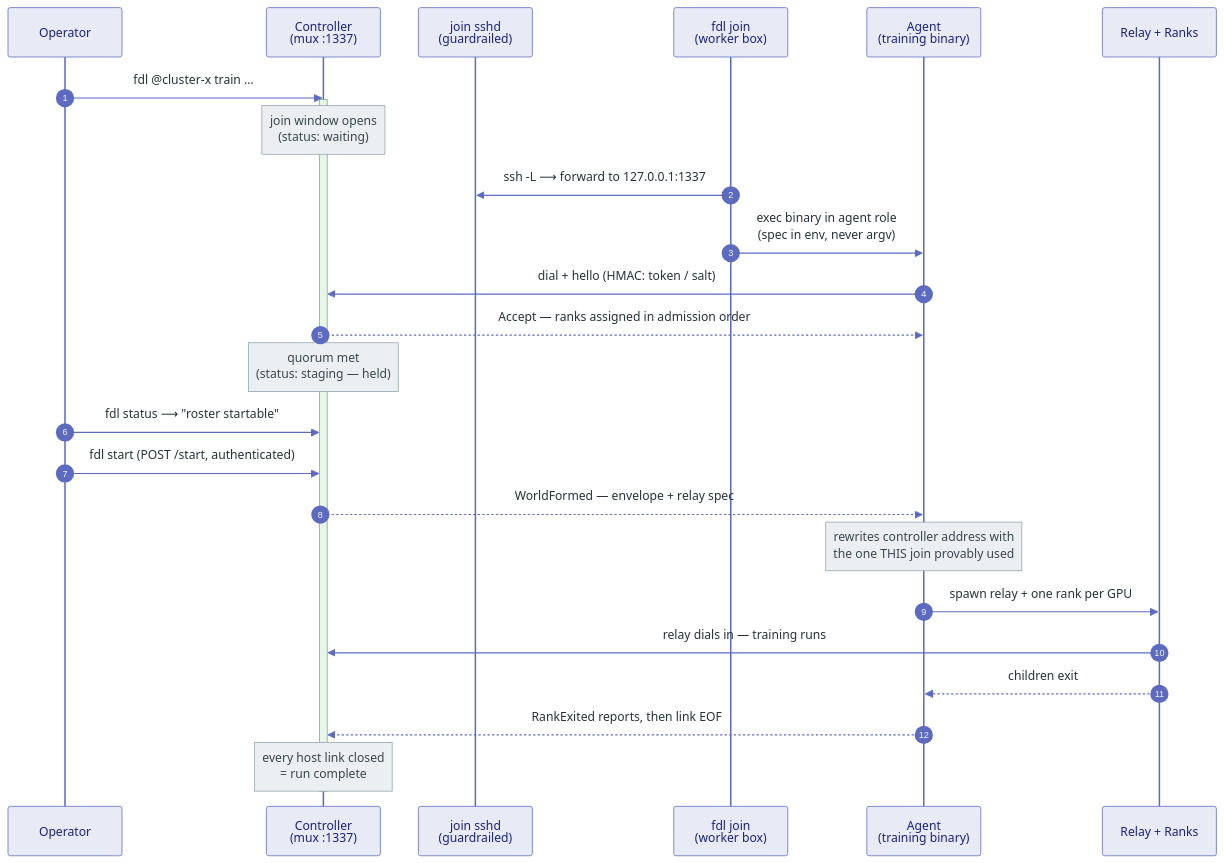
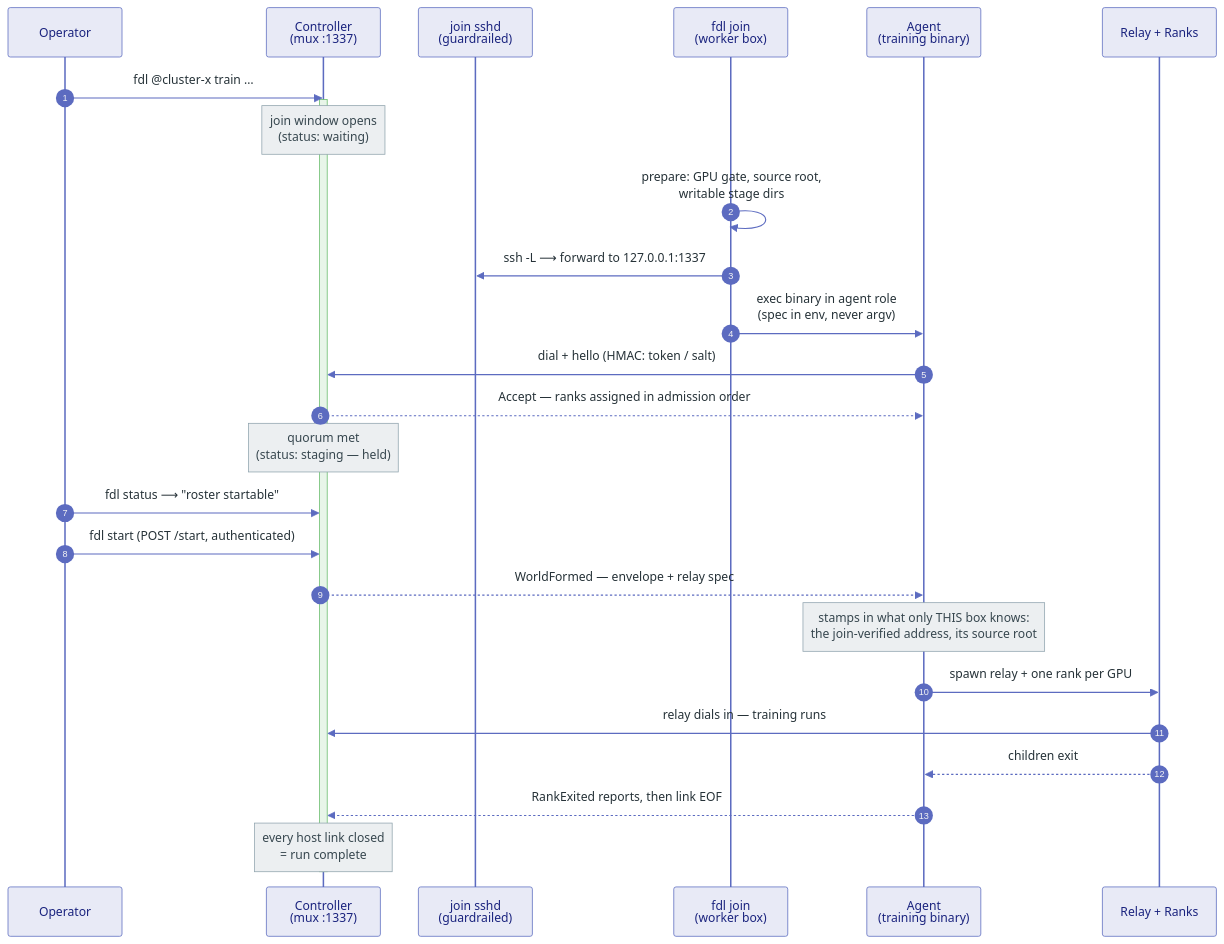
The first of 2 diagrams in docs/ddp/02-cluster-guide.md (fab2s/floDl), drawn with Mermaid before and after one commit. The commit also changed other lines of this file and 10 other files, not shown here.

Commit message:
join: prepare the box before it dials, and class what cannot be retried

````diff
--- a/docs/ddp/02-cluster-guide.md
+++ b/docs/ddp/02-cluster-guide.md
@@ -104,30 +104,31 @@
 ```mermaid
 %%{init: {"theme":"base","themeVariables":{"actorBkg":"#e8eaf6","actorBorder":"#5c6bc0","actorTextColor":"#1a237e","signalColor":"#5c6bc0","signalTextColor":"#263238","noteBkgColor":"#eceff1","noteBorderColor":"#90a4ae","noteTextColor":"#37474f","labelBoxBkg":"#eceff1","labelBoxBorderColor":"#90a4ae","labelTextColor":"#37474f","activationBkgColor":"#e8f5e9","activationBorderColor":"#66bb6a"}}}%%
 sequenceDiagram
     autonumber
     participant OP as Operator
     participant CTRL as Controller<br/>(mux :1337)
     participant SSHD as join sshd<br/>(guardrailed)
     participant FJ as fdl join<br/>(worker box)
     participant AG as Agent<br/>(training binary)
     participant RR as Relay + Ranks
 
     OP->>CTRL: fdl @cluster-x train …
     activate CTRL
     Note over CTRL: join window opens<br/>(status: waiting)
+    FJ->>FJ: prepare: GPU gate, source root,<br/>writable stage dirs
     FJ->>SSHD: ssh -L ⟶ forward to 127.0.0.1:1337
     FJ->>AG: exec binary in agent role<br/>(spec in env, never argv)
     AG->>CTRL: dial + hello (HMAC: token / salt)
     CTRL-->>AG: Accept — ranks assigned in admission order
     Note over CTRL: quorum met<br/>(status: staging — held)
     OP->>CTRL: fdl status  ⟶  "roster startable"
     OP->>CTRL: fdl start (POST /start, authenticated)
     CTRL-->>AG: WorldFormed — envelope + relay spec
-    Note over AG: rewrites controller address with<br/>the one THIS join provably used
+    Note over AG: stamps in what only THIS box knows:<br/>the join-verified address, its source root
     AG->>RR: spawn relay + one rank per GPU
     RR->>CTRL: relay dials in — training runs
     RR-->>AG: children exit
     AG-->>CTRL: RankExited reports, then link EOF
     Note over CTRL: every host link closed<br/>= run complete
     deactivate CTRL
 ```
````
